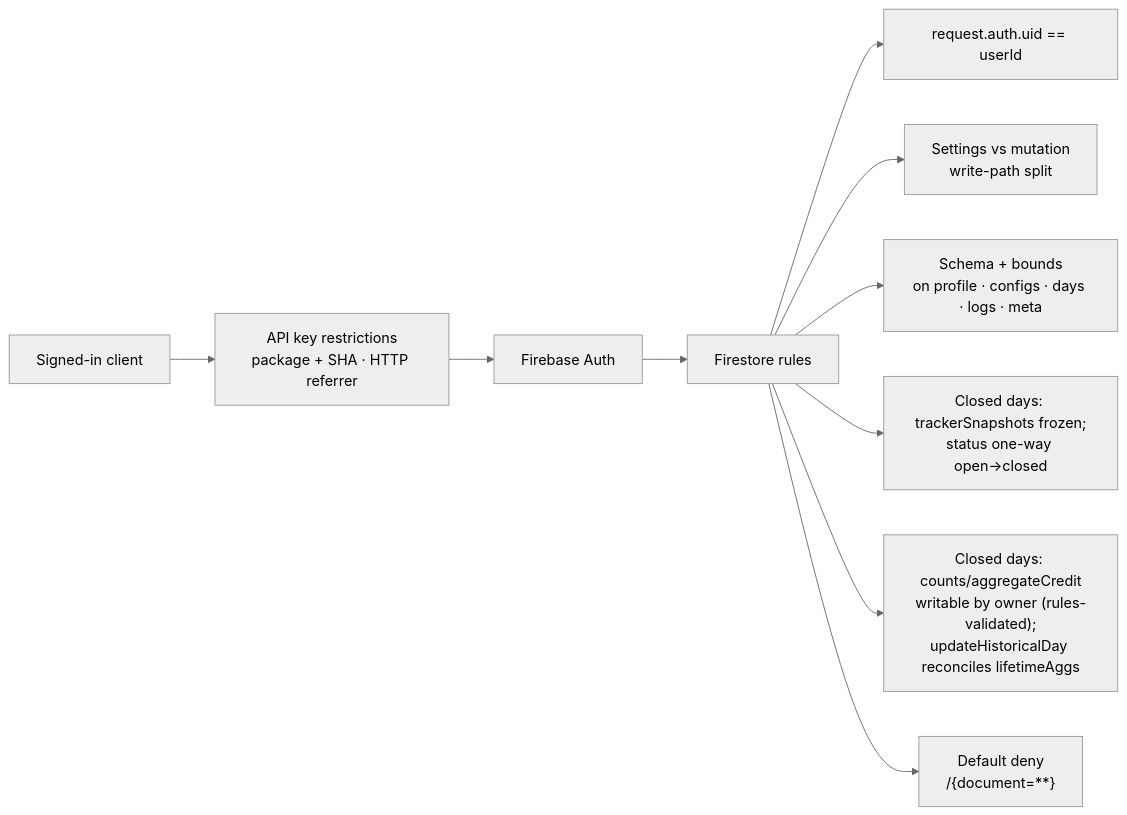
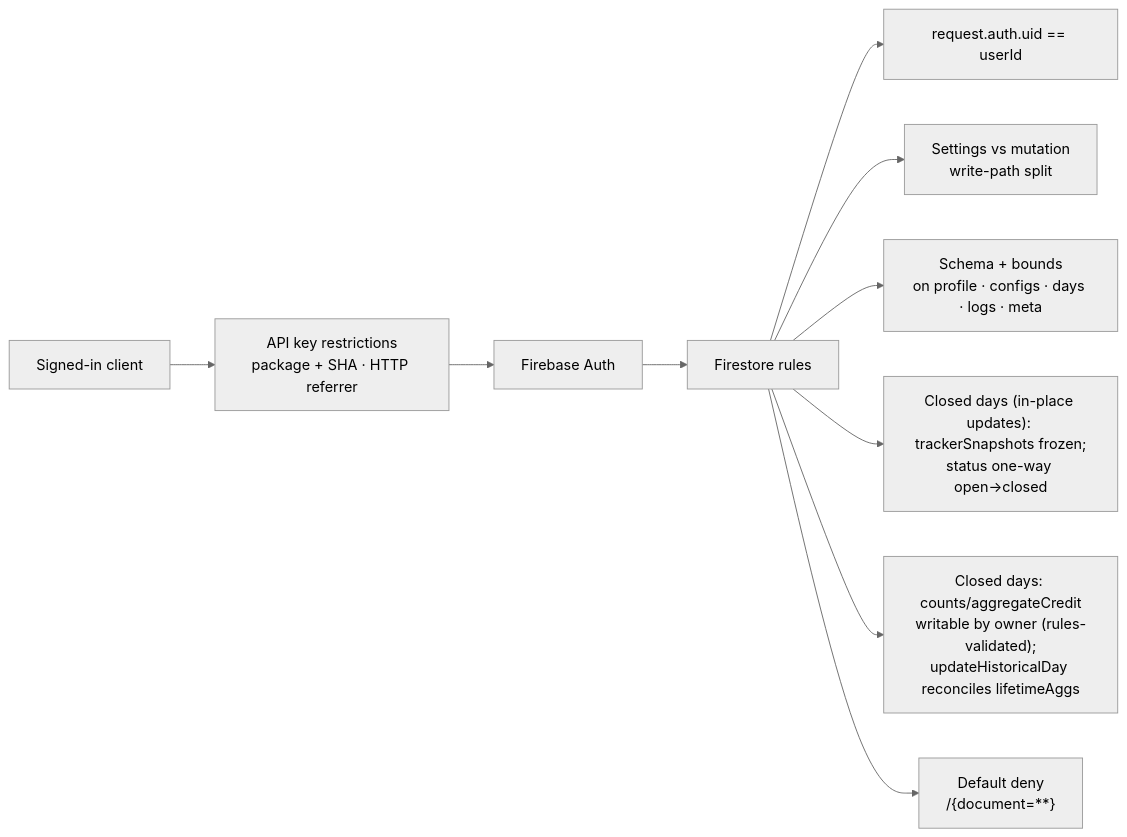
One commit to shareef01/tabakpp changed the second of 2 diagrams in README.md. Above: the diagram before and after it, drawn with Mermaid (neutral theme). The commit also changed other lines of this file and 28 other files, not shown here.

````diff
--- a/README.md
+++ b/README.md
@@ -223,13 +225,13 @@
 ```mermaid
 flowchart LR
   Client["Signed-in client"] --> Key["API key restrictions<br/>package + SHA · HTTP referrer"]
   Key --> Auth["Firebase Auth"]
   Auth --> Rules["Firestore rules"]
 
   Rules --> Owner["request.auth.uid == userId"]
   Rules --> Split["Settings vs mutation<br/>write-path split"]
   Rules --> Shape["Schema + bounds<br/>on profile · configs · days · logs · meta"]
-  Rules --> Frozen["Closed days: trackerSnapshots frozen;<br/>status one-way open→closed"]
+  Rules --> Frozen["Closed days (in-place updates): trackerSnapshots frozen;<br/>status one-way open→closed"]
   Rules --> Writability["Closed days: counts/aggregateCredit<br/>writable by owner (rules-validated);<br/>updateHistoricalDay reconciles lifetimeAggs"]
   Rules --> Deny["Default deny<br/>/{document=**}"]
 ```
````
